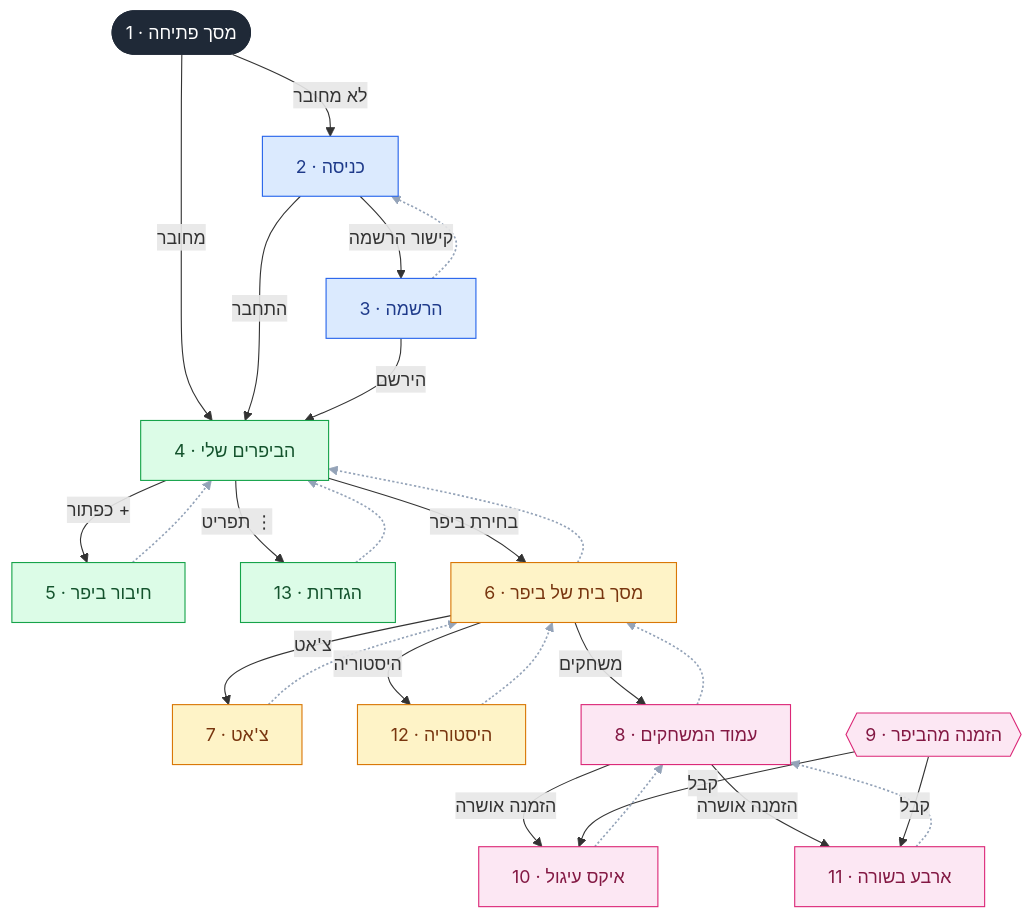
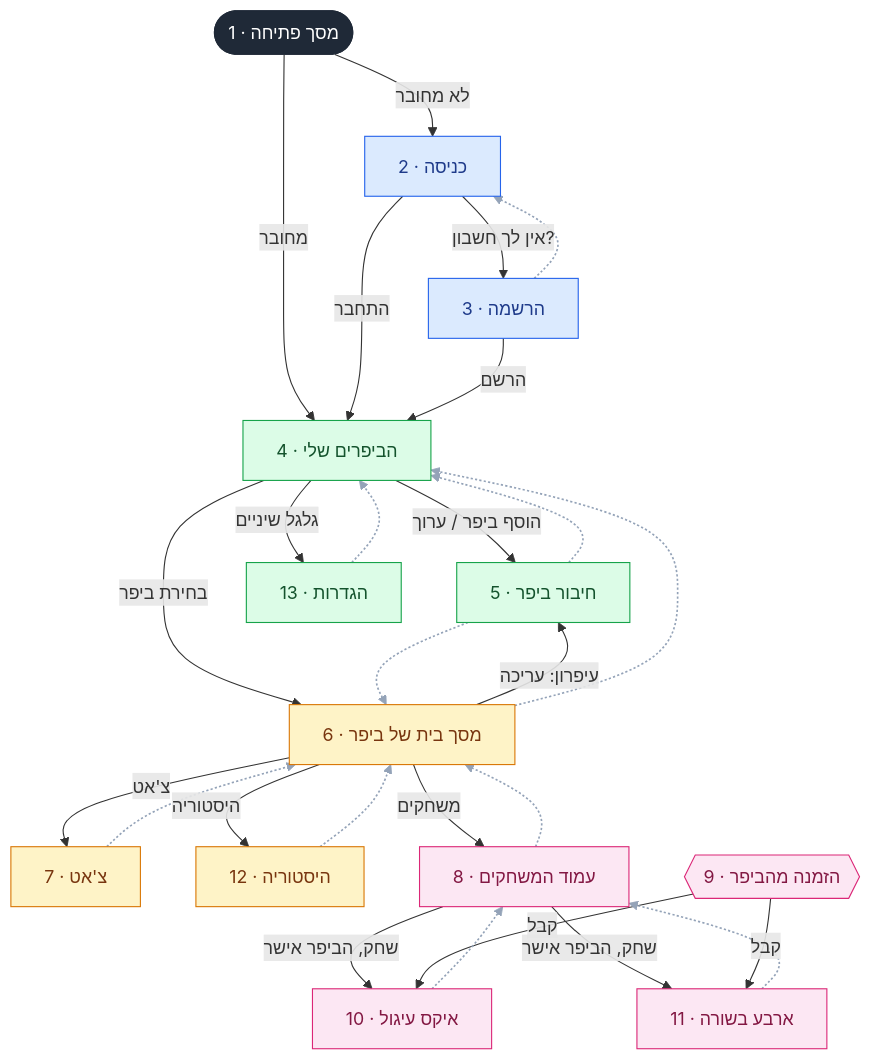
Before and after one commit to Av1zi/EbeepMobile: the diagram in docs/screen-flow.mmd, drawn with Mermaid. The commit also changed 2 other files, not shown here.

Commit message:
Update screen-flow diagram to match the app
Labels now use the real button names, and the diagram shows the
edit-beeper path from the home screen.

```diff
--- a/docs/screen-flow.mmd
+++ b/docs/screen-flow.mmd
@@ -1,52 +1,54 @@
 flowchart TD
     S(["1 · מסך פתיחה"])
     L["2 · כניסה"]
     R["3 · הרשמה"]
     B["4 · הביפרים שלי"]
     A["5 · חיבור ביפר"]
     T["13 · הגדרות"]
     H["6 · מסך בית של ביפר"]
     C["7 · צ'אט"]
     Y["12 · היסטוריה"]
     G["8 · עמוד המשחקים"]
     X["10 · איקס עיגול"]
     F["11 · ארבע בשורה"]
     I{{"9 · הזמנה מהביפר"}}
 
     S -->|"לא מחובר"| L
     S -->|"מחובר"| B
-    L -->|"קישור הרשמה"| R
+    L -->|"אין לך חשבון?"| R
     L -->|"התחבר"| B
-    R -->|"הירשם"| B
-    B -->|"כפתור +"| A
+    R -->|"הרשם"| B
+    B -->|"הוסף ביפר / ערוך"| A
     B -->|"בחירת ביפר"| H
-    B -->|"תפריט ⋮"| T
+    B -->|"גלגל שיניים"| T
     H -->|"צ'אט"| C
     H -->|"משחקים"| G
     H -->|"היסטוריה"| Y
-    G -->|"הזמנה אושרה"| X
-    G -->|"הזמנה אושרה"| F
+    G -->|"שחק, הביפר אישר"| X
+    G -->|"שחק, הביפר אישר"| F
     I -->|"קבל"| X
     I -->|"קבל"| F
+    H -->|"עיפרון: עריכה"| A
 
     R -.-> L
     A -.-> B
+    A -.-> H
     T -.-> B
     H -.-> B
     C -.-> H
     Y -.-> H
     G -.-> H
     X -.-> G
     F -.-> G
 
     classDef start fill:#1f2937,stroke:#1f2937,color:#ffffff
     classDef auth fill:#dbeafe,stroke:#2563eb,color:#1e3a8a
     classDef acc fill:#dcfce7,stroke:#16a34a,color:#14532d
     classDef beep fill:#fef3c7,stroke:#d97706,color:#78350f
     classDef game fill:#fce7f3,stroke:#db2777,color:#831843
     class S start
     class L,R auth
     class B,A,T acc
     class C,H,Y beep
     class X,G,F,I game
-    linkStyle 15,16,17,18,19,20,21,22,23 stroke:#94a3b8,stroke-width:1.5px
+    linkStyle 16,17,18,19,20,21,22,23,24,25 stroke:#94a3b8,stroke-width:1.5px
```
